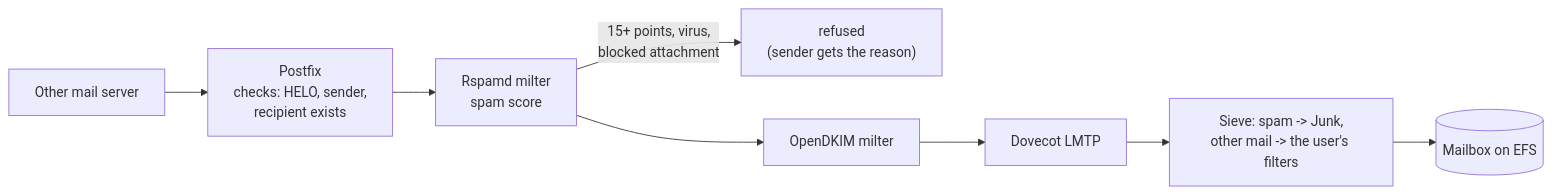
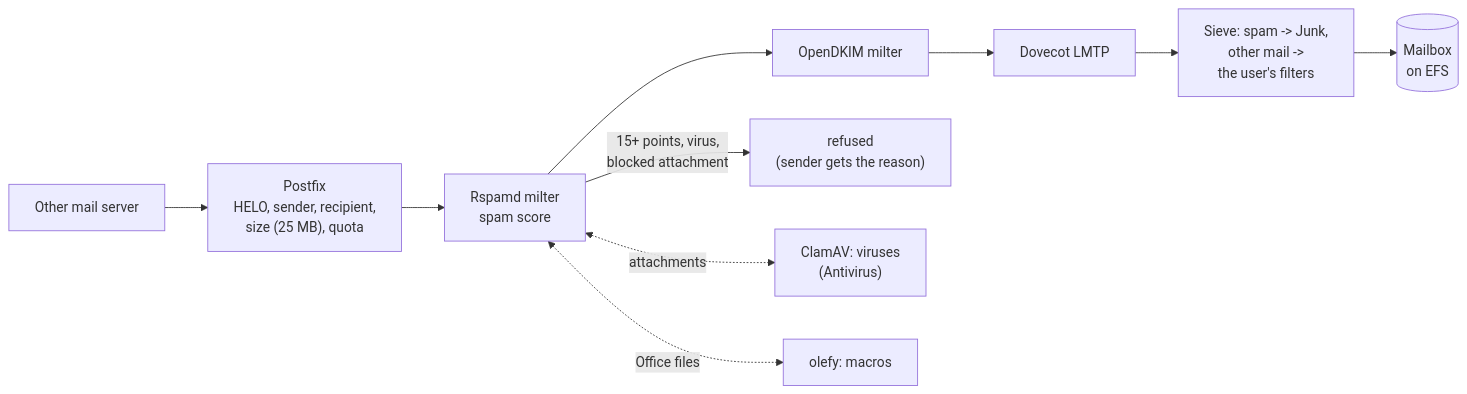
The diagram in docs/ARCHITECTURE.md (georgio-sd/flashlight), drawn with Mermaid before and after one commit.

Commit message:
ARCHITECTURE: the incoming mail diagram with ClamAV and olefy, clear of GitHub's zoom buttons

````diff
--- a/docs/ARCHITECTURE.md
+++ b/docs/ARCHITECTURE.md
@@ -361,10 +361,12 @@
 ```mermaid
 flowchart LR
-    sender["Other mail server"] --> postfix["Postfix<br/>checks: HELO, sender,<br/>recipient exists"]
+    sender["Other mail server"] --> postfix["Postfix<br/>HELO, sender, recipient,<br/>size (25 MB), quota"]
     postfix --> rspamd["Rspamd milter<br/>spam score"]
-    rspamd -- "15+ points, virus,<br/>blocked attachment" --> reject["refused<br/>(sender gets the reason)"]
     rspamd --> dkim["OpenDKIM milter"]
     dkim --> lmtp["Dovecot LMTP"]
-    lmtp --> sieve["Sieve: spam -> Junk,<br/>other mail -> the user's filters"]
-    sieve --> box[("Mailbox on EFS")]
+    lmtp --> sieve["Sieve: spam -> Junk,<br/>other mail -><br/>the user's filters"]
+    sieve --> box[("Mailbox<br/>on EFS")]
+    rspamd -- "15+ points, virus,<br/>blocked attachment" --> reject["refused<br/>(sender gets the reason)"]
+    rspamd <-. "attachments" .-> clamav["ClamAV: viruses<br/>(Antivirus)"]
+    rspamd <-. "Office files" .-> olefy["olefy: macros"]
 ```
````
